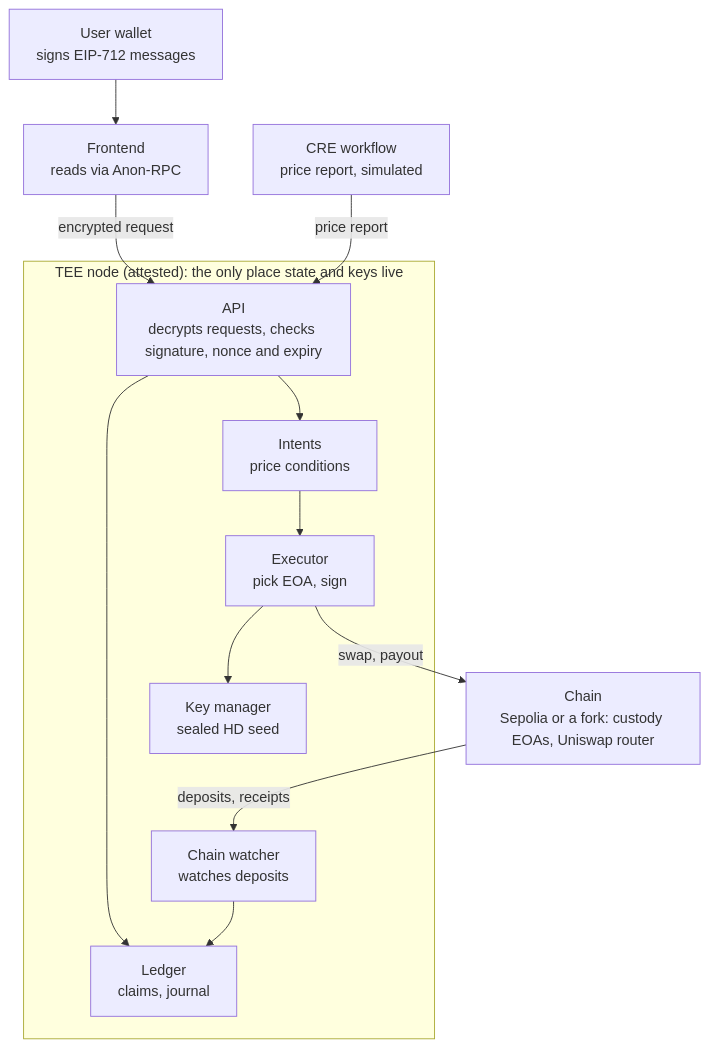
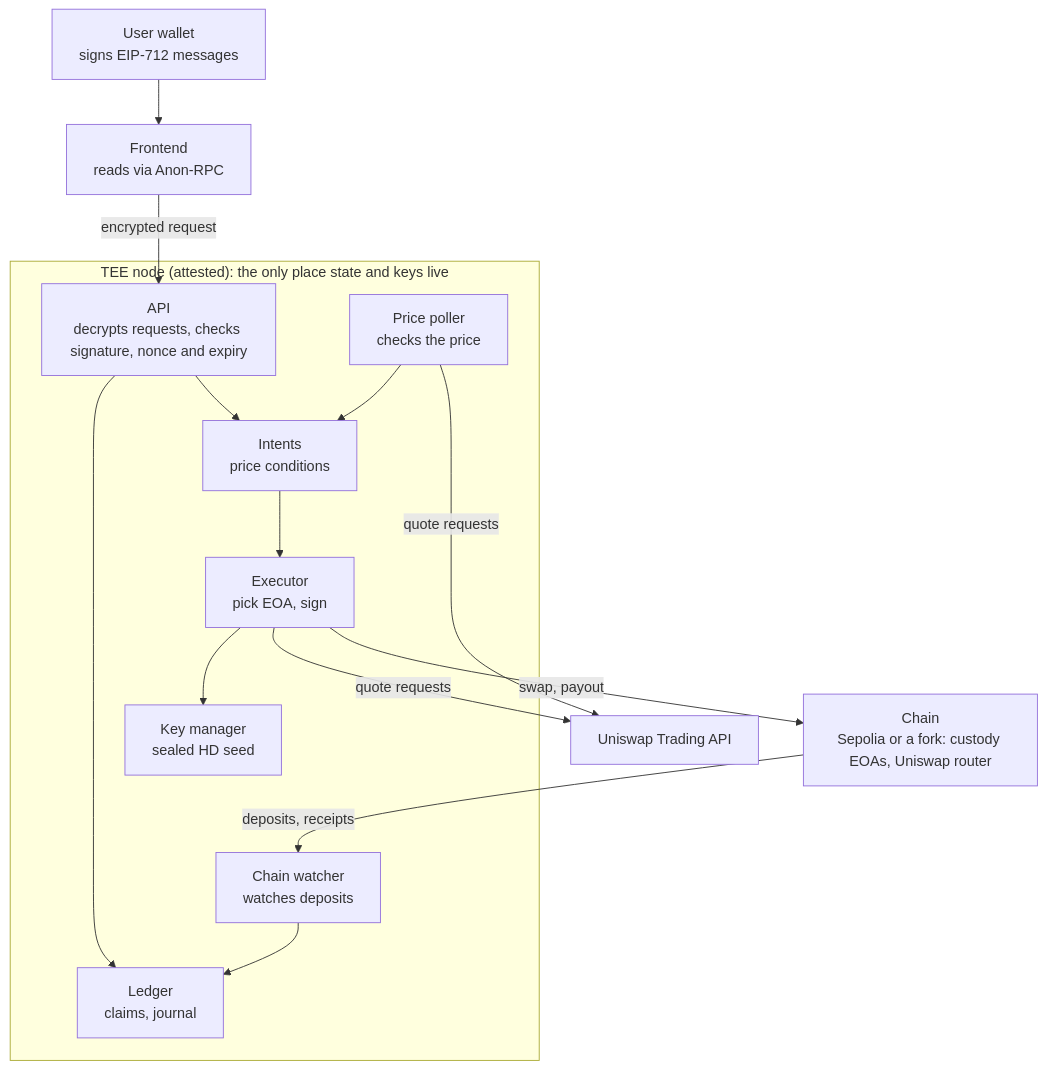
The diagram in docs/overview.md (Apurvborhade/Cloakroom), drawn with Mermaid before and after one commit. The commit also changed other lines of this file and 4 other files, not shown here.

Commit message:
docs(enclave): replace the oracle with a price poller

````diff
--- a/docs/overview.md
+++ b/docs/overview.md
@@ -33,24 +33,26 @@
 ```mermaid
 flowchart TB
   wallet["User wallet<br/>signs EIP-712 messages"] --> frontend["Frontend<br/>reads via Anon-RPC"]
-  cre["CRE workflow<br/>price report, simulated"]
 
   subgraph tee["TEE node (attested): the only place state and keys live"]
     api["API<br/>decrypts requests, checks signature, nonce and expiry"]
     ledger["Ledger<br/>claims, journal"]
     intents["Intents<br/>price conditions"]
     executor["Executor<br/>pick EOA, sign"]
     keys["Key manager<br/>sealed HD seed"]
     watcher["Chain watcher<br/>watches deposits"]
+    poller["Price poller<br/>checks the price"]
+    poller --> intents
     api --> ledger
     api --> intents
     intents --> executor
     executor --> keys
     watcher --> ledger
   end
 
   frontend -- "encrypted request" --> api
-  cre -- "price report" --> api
+  poller -- "quote requests" --> uniswap["Uniswap Trading API"]
+  executor -- "quote requests" --> uniswap
   executor -- "swap, payout" --> chain["Chain<br/>Sepolia or a fork: custody EOAs, Uniswap router"]
   chain -- "deposits, receipts" --> watcher
 ```
````
